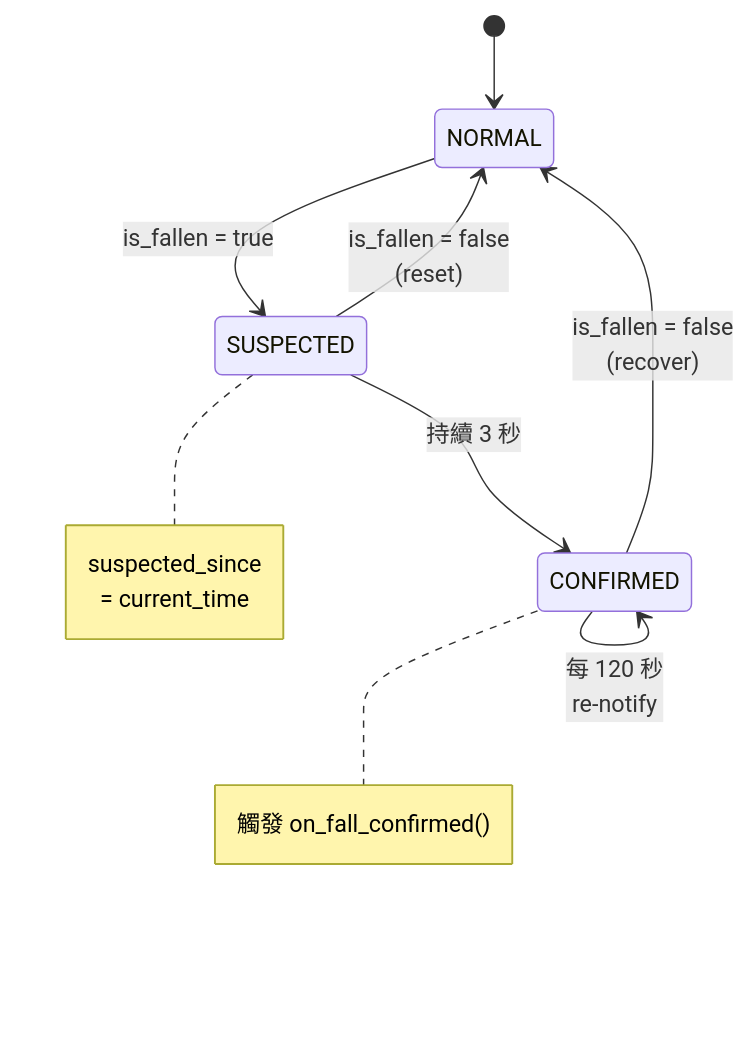
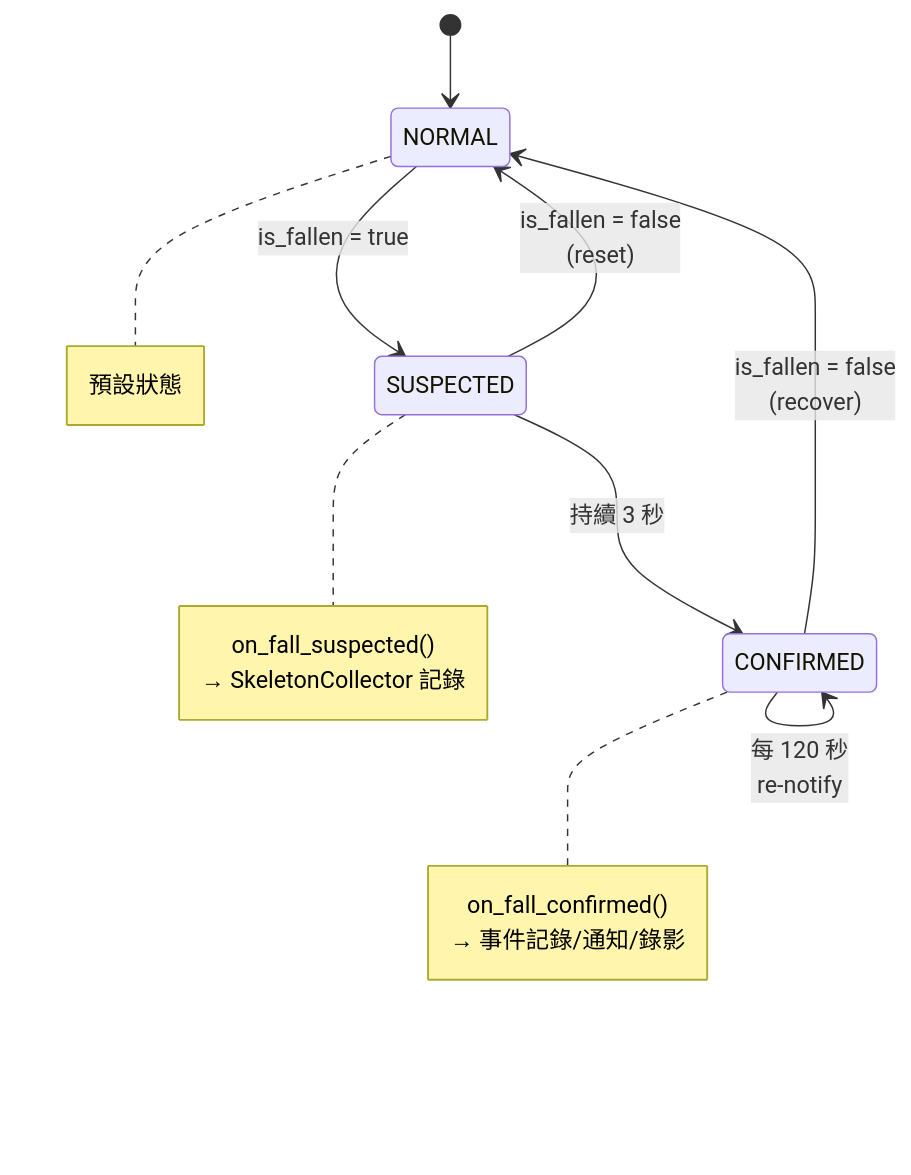
One commit to kionce57/FDS changed the seventh of 9 diagrams in docs/ARCHITECTURE.md. Above: the diagram before and after it, drawn with Mermaid. The commit also changed other lines of this file and 2 other files, not shown here.

First line of the commit message:
docs: update documentation for skeleton observer extension

````diff
--- a/docs/ARCHITECTURE.md
+++ b/docs/ARCHITECTURE.md
@@ -221,13 +265,14 @@
 ```mermaid
 stateDiagram-v2
     [*] --> NORMAL
-    
+
     NORMAL --> SUSPECTED : is_fallen = true
     SUSPECTED --> NORMAL : is_fallen = false<br/>(reset)
     SUSPECTED --> CONFIRMED : 持續 3 秒
     CONFIRMED --> NORMAL : is_fallen = false<br/>(recover)
     CONFIRMED --> CONFIRMED : 每 120 秒<br/>re-notify
-    
-    note right of SUSPECTED : suspected_since<br/>= current_time
-    note right of CONFIRMED : 觸發 on_fall_confirmed()
+
+    note right of NORMAL : 預設狀態
+    note right of SUSPECTED : on_fall_suspected()<br/>→ SkeletonCollector 記錄
+    note right of CONFIRMED : on_fall_confirmed()<br/>→ 事件記錄/通知/錄影
 ```
````
